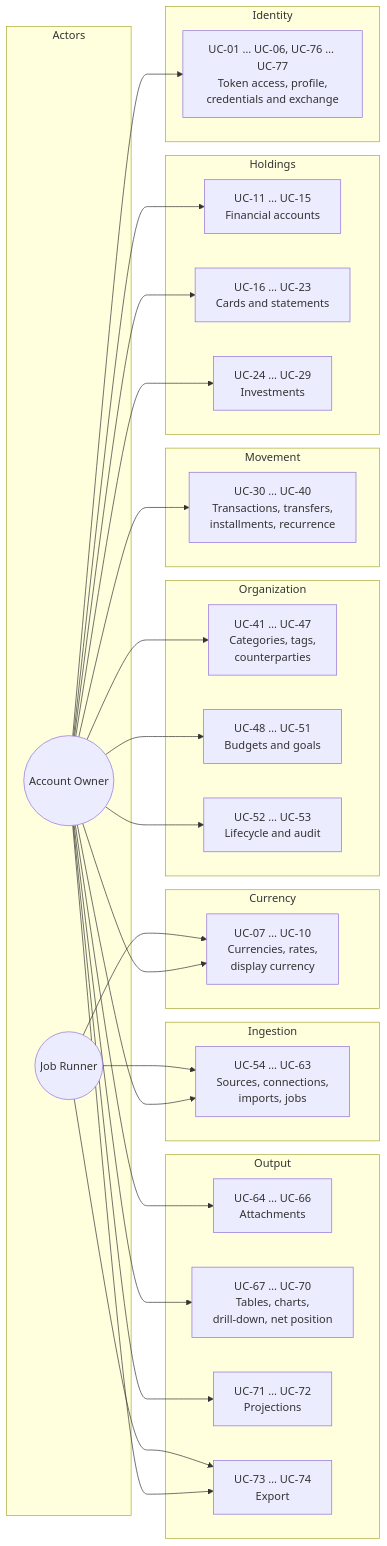
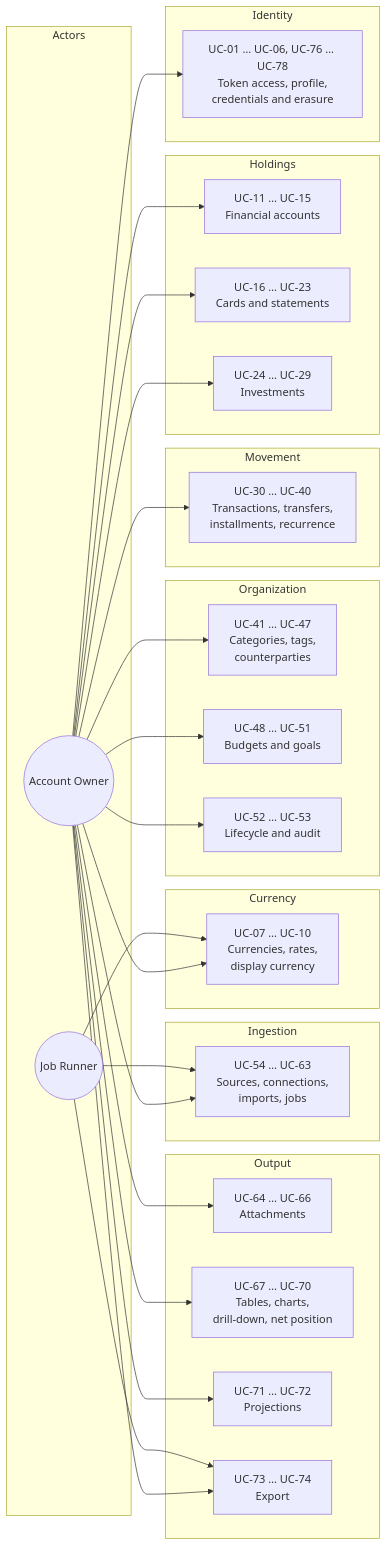
Before and after one commit to artur-rios/fortuna-api: the first of 7 diagrams in docs/requirements/Use Case Specification Document.md, drawn with Mermaid. The commit also changed other lines of this file and 48 other files, not shown here.

````diff
--- a/docs/requirements/Use Case Specification Document.md
+++ b/docs/requirements/Use Case Specification Document.md
@@ -45,60 +45,60 @@
 ```mermaid
 graph LR
     subgraph Actors
         OWNER(("Account Owner"))
         RUNNER(("Job Runner"))
     end
 
     subgraph Identity
-        UC01[UC-01 … UC-06, UC-76 … UC-77<br/>Token access, profile,<br/>credentials and exchange]
+        UC01[UC-01 … UC-06, UC-76 … UC-78<br/>Token access, profile,<br/>credentials and erasure]
     end
 
     subgraph Currency
         UC07[UC-07 … UC-10<br/>Currencies, rates,<br/>display currency]
     end
 
     subgraph Holdings
         UC11[UC-11 … UC-15<br/>Financial accounts]
         UC16[UC-16 … UC-23<br/>Cards and statements]
         UC24[UC-24 … UC-29<br/>Investments]
     end
 
     subgraph Movement
         UC30[UC-30 … UC-40<br/>Transactions, transfers,<br/>installments, recurrence]
     end
 
     subgraph Organization
         UC41[UC-41 … UC-47<br/>Categories, tags,<br/>counterparties]
         UC48[UC-48 … UC-51<br/>Budgets and goals]
         UC52[UC-52 … UC-53<br/>Lifecycle and audit]
     end
 
     subgraph Ingestion
         UC54[UC-54 … UC-63<br/>Sources, connections,<br/>imports, jobs]
     end
 
     subgraph Output
         UC64[UC-64 … UC-66<br/>Attachments]
         UC67[UC-67 … UC-70<br/>Tables, charts,<br/>drill-down, net position]
         UC71[UC-71 … UC-72<br/>Projections]
         UC73[UC-73 … UC-74<br/>Export]
     end
 
     OWNER --> UC01
     OWNER --> UC07
     OWNER --> UC11
     OWNER --> UC16
     OWNER --> UC24
     OWNER --> UC30
     OWNER --> UC41
     OWNER --> UC48
     OWNER --> UC52
     OWNER --> UC54
     OWNER --> UC64
     OWNER --> UC67
     OWNER --> UC71
     OWNER --> UC73
     RUNNER --> UC07
     RUNNER --> UC54
     RUNNER --> UC73
 ```
````
